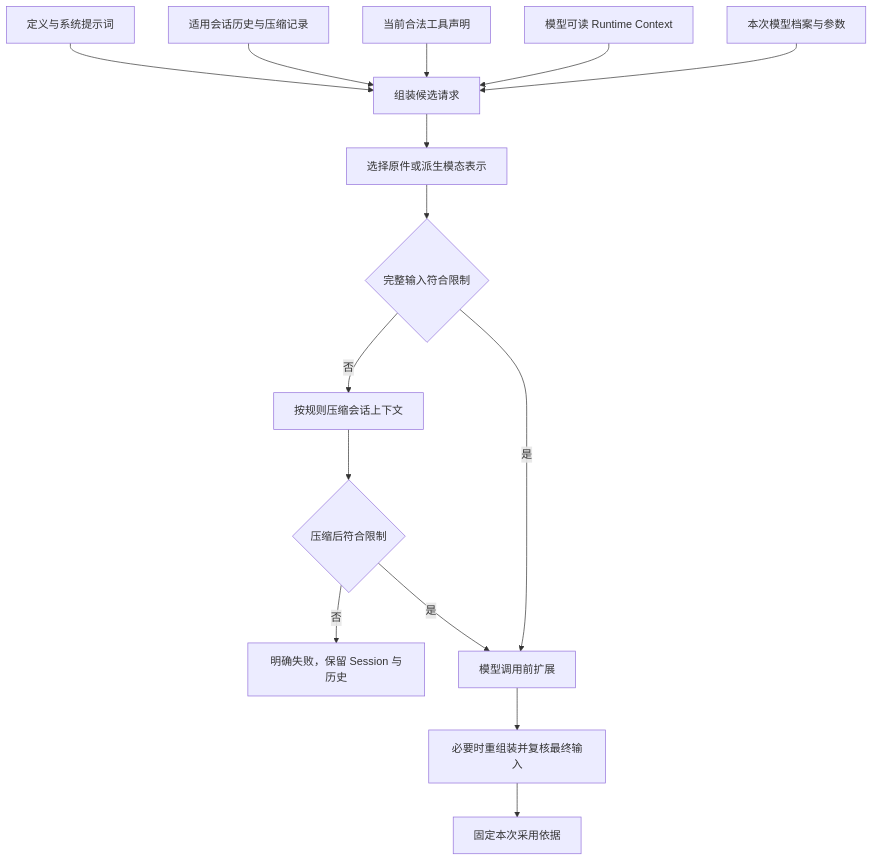
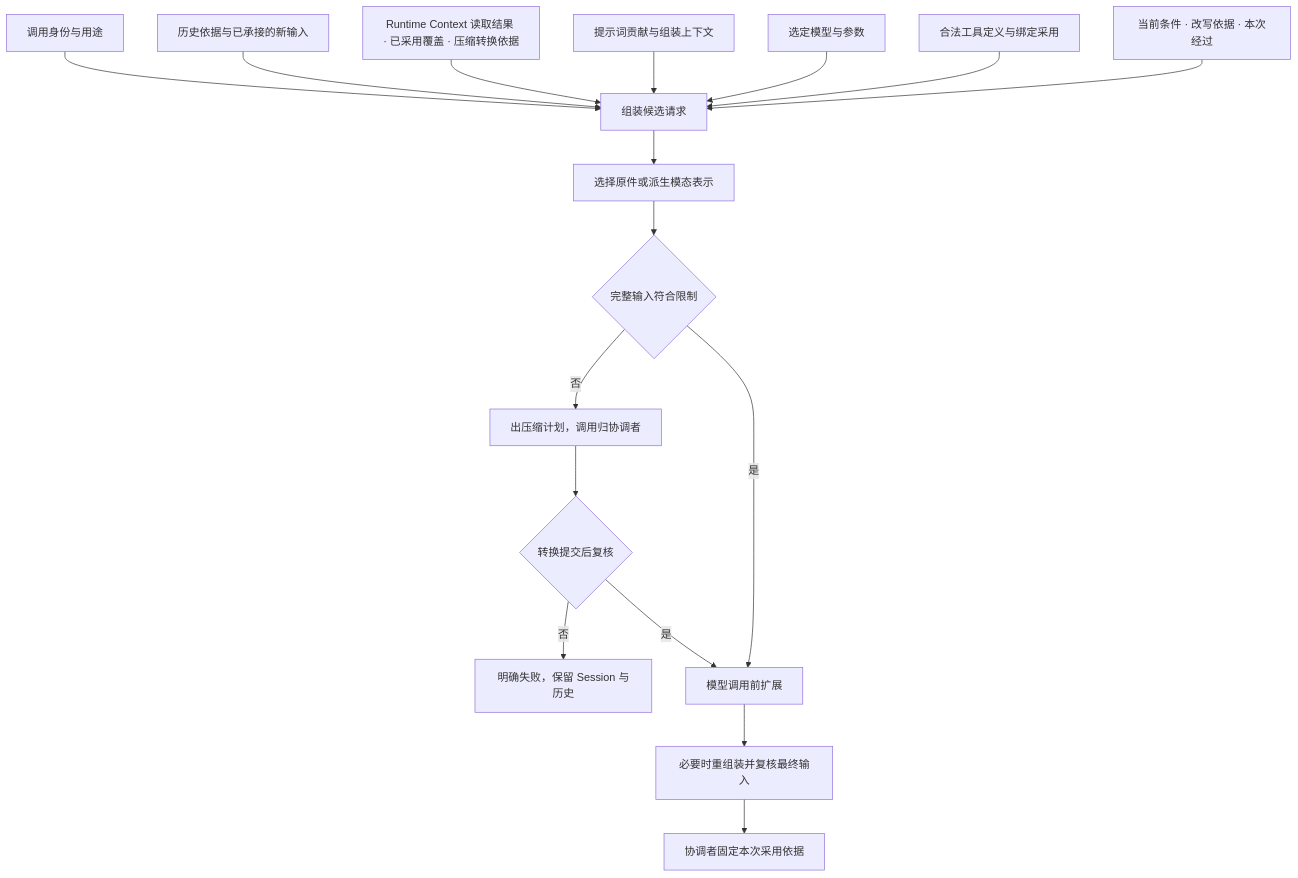
One commit to nemori-ai/omne-harness-lite changed the diagram in docs/architecture/runtime/request-context.md. Above: the diagram before and after it, drawn with Mermaid. The commit also changed other lines of this file and 21 other files, not shown here.

````diff
--- a/docs/architecture/runtime/request-context.md
+++ b/docs/architecture/runtime/request-context.md
@@ -9,17 +25,19 @@
 ```mermaid
 flowchart TD
-    System[定义与系统提示词] --> Assemble[组装候选请求]
-    History[适用会话历史与压缩记录] --> Assemble
-    Tools[当前合法工具声明] --> Assemble
-    Context[模型可读 Runtime Context] --> Assemble
-    Profile[本次模型档案与参数] --> Assemble
+    Who[调用身份与用途] --> Assemble[组装候选请求]
+    History[历史依据与已承接的新输入] --> Assemble
+    Context[Runtime Context 读取结果 · 已采用覆盖 · 压缩转换依据] --> Assemble
+    Prompt[提示词贡献与组装上下文] --> Assemble
+    Model[选定模型与参数] --> Assemble
+    Tools[合法工具定义与绑定采用] --> Assemble
+    Cond[当前条件 · 改写依据 · 本次经过] --> Assemble
     Assemble --> Render[选择原件或派生模态表示]
     Render --> Budget{完整输入符合限制}
-    Budget -->|否| Compact[按规则压缩会话上下文]
-    Compact --> Check{压缩后符合限制}
+    Budget -->|否| Plan[出压缩计划，调用归协调者]
+    Plan --> Check{转换提交后复核}
     Check -->|否| Fail[明确失败，保留 Session 与历史]
     Check -->|是| Before[模型调用前扩展]
     Budget -->|是| Before
     Before --> Final[必要时重组装并复核最终输入]
-    Final --> Freeze[固定本次采用依据]
+    Final --> Freeze[协调者固定本次采用依据]
 ```
````
